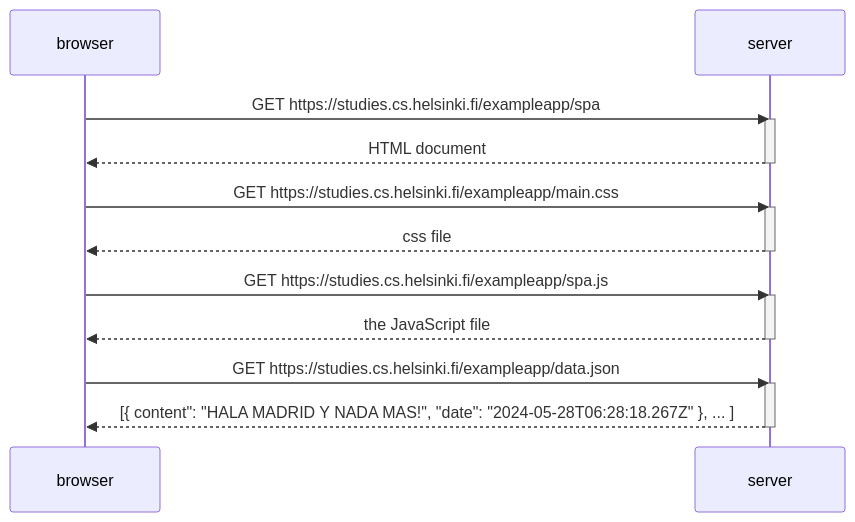
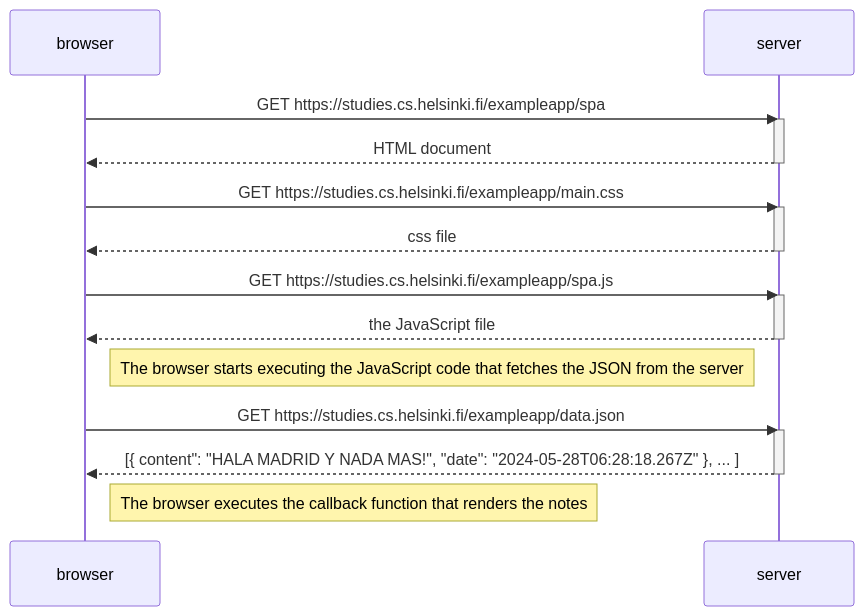
The diagram in osa0/0_5.md (vjsiv/fullstackpalautus), drawn with Mermaid before and after one commit.

````diff
--- a/osa0/0_5.md
+++ b/osa0/0_5.md
@@ -3,25 +3,29 @@
 ```mermaid
 sequenceDiagram
     participant browser
     participant server
 
     browser->>server: GET https://studies.cs.helsinki.fi/exampleapp/spa
     activate server
     server-->>browser: HTML document
     deactivate server
 
     browser->>server: GET https://studies.cs.helsinki.fi/exampleapp/main.css
     activate server
     server-->>browser: css file
     deactivate server
 
     browser->>server: GET https://studies.cs.helsinki.fi/exampleapp/spa.js
     activate server
     server-->>browser: the JavaScript file
     deactivate server
 
+    Note right of browser: The browser starts executing the JavaScript code that fetches the JSON from the server
+
     browser->>server: GET https://studies.cs.helsinki.fi/exampleapp/data.json
     activate server
     server-->>browser: [{ content": "HALA MADRID Y NADA MAS!", "date": "2024-05-28T06:28:18.267Z" }, ... ]
-    deactivate server  
+    deactivate server
+
+    Note right of browser: The browser executes the callback function that renders the notes
 ```
````
